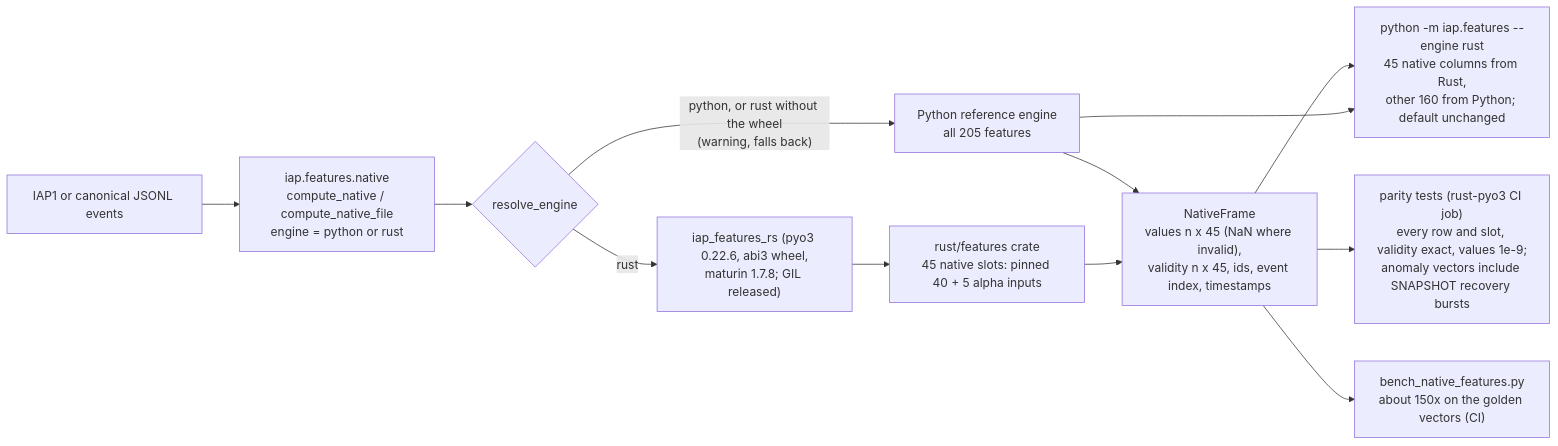
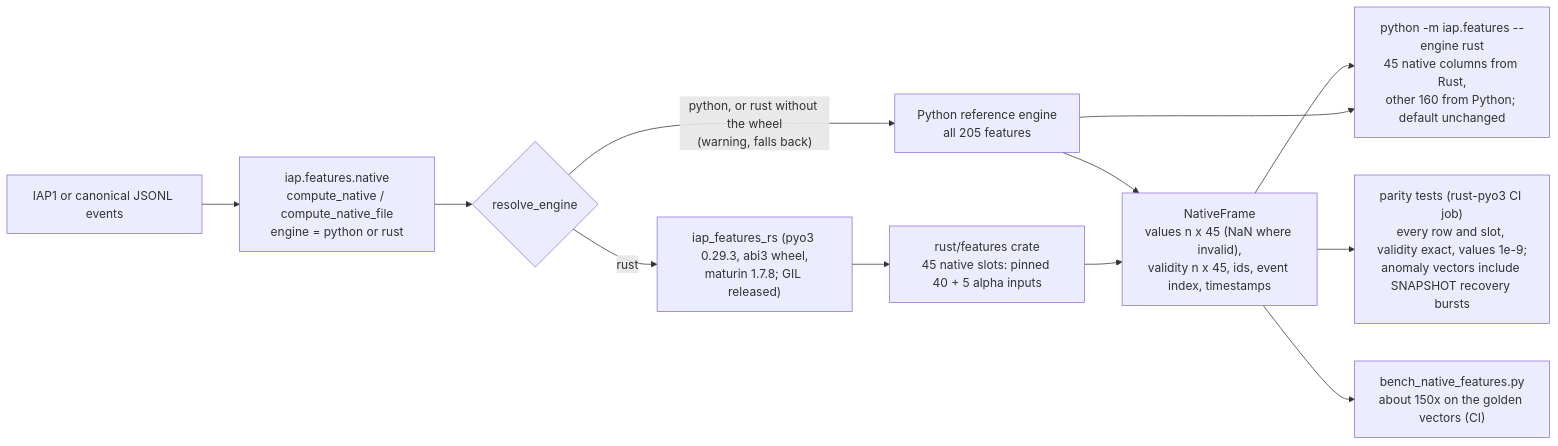
The diagram in docs/diagrams/rust_python_features.mmd (AshJha0/intraday-alpha-platform), drawn with Mermaid before and after one commit. The commit also changed 10 other files, not shown here.

Commit message:
docs: v1.14 parity counts (python 2334); pyo3 0.29.3 in the diagram source

```diff
--- a/docs/diagrams/rust_python_features.mmd
+++ b/docs/diagrams/rust_python_features.mmd
@@ -1,12 +1,12 @@
 flowchart LR
     EV["IAP1 or canonical JSONL events"] --> API["iap.features.native<br/>compute_native / compute_native_file<br/>engine = python or rust"]
     API --> RES{"resolve_engine"}
     RES -->|"python, or rust without the wheel<br/>(warning, falls back)"| PYE["Python reference engine<br/>all 205 features"]
-    RES -->|"rust"| EXT["iap_features_rs (pyo3 0.22.6, abi3 wheel,<br/>maturin 1.7.8; GIL released)"]
+    RES -->|"rust"| EXT["iap_features_rs (pyo3 0.29.3, abi3 wheel,<br/>maturin 1.7.8; GIL released)"]
     EXT --> RS["rust/features crate<br/>45 native slots: pinned 40 + 5 alpha inputs"]
     PYE --> NF["NativeFrame<br/>values n x 45 (NaN where invalid),<br/>validity n x 45, ids, event index, timestamps"]
     RS --> NF
     NF --> STORE["python -m iap.features --engine rust<br/>45 native columns from Rust,<br/>other 160 from Python; default unchanged"]
     PYE --> STORE
     NF --> PAR["parity tests (rust-pyo3 CI job)<br/>every row and slot, validity exact, values 1e-9;<br/>anomaly vectors include SNAPSHOT recovery bursts"]
     NF --> BEN["bench_native_features.py<br/>about 150x on the golden vectors (CI)"]
```
